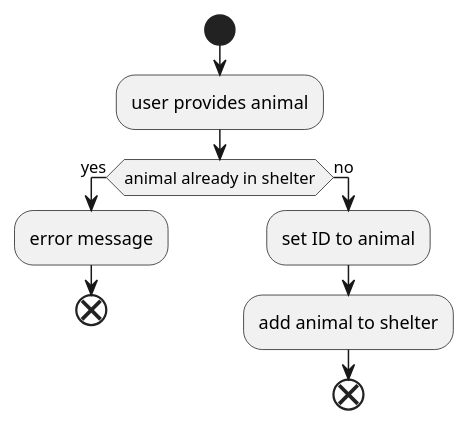
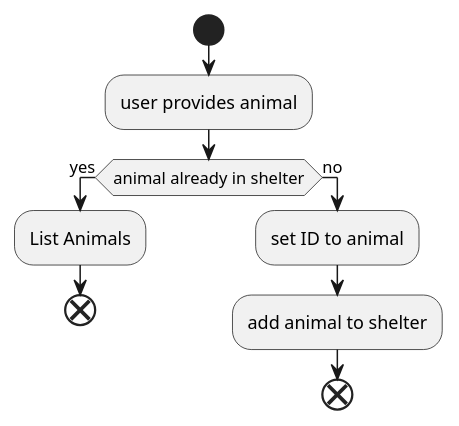
Before and after one commit to JananJavdan/AnimalShelterTestingJanan: the diagram in src/main/java/AnalyseAnimalShelter/flowchart_addanimals.puml, drawn with PlantUML. The commit also changed 23 other files, not shown here.

```diff
--- a/src/main/java/AnalyseAnimalShelter/flowchart_addanimals.puml
+++ b/src/main/java/AnalyseAnimalShelter/flowchart_addanimals.puml
@@ -1,13 +1,13 @@
 @startuml
 
 start
 :user provides animal;
 if (animal already in shelter) then (yes)
-    :error message;
+    :List Animals;
     end;
 else (no)
     :set ID to animal;
     :add animal to shelter;
     end
 
 @enduml
```
